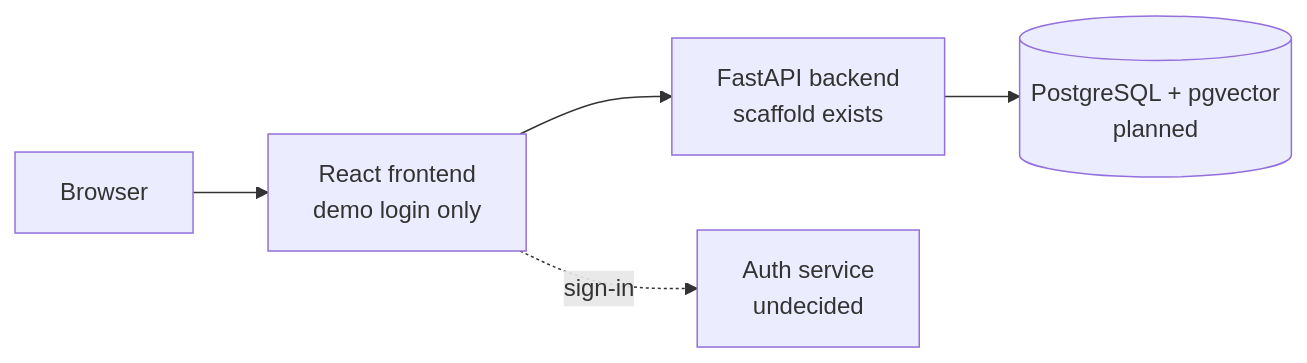
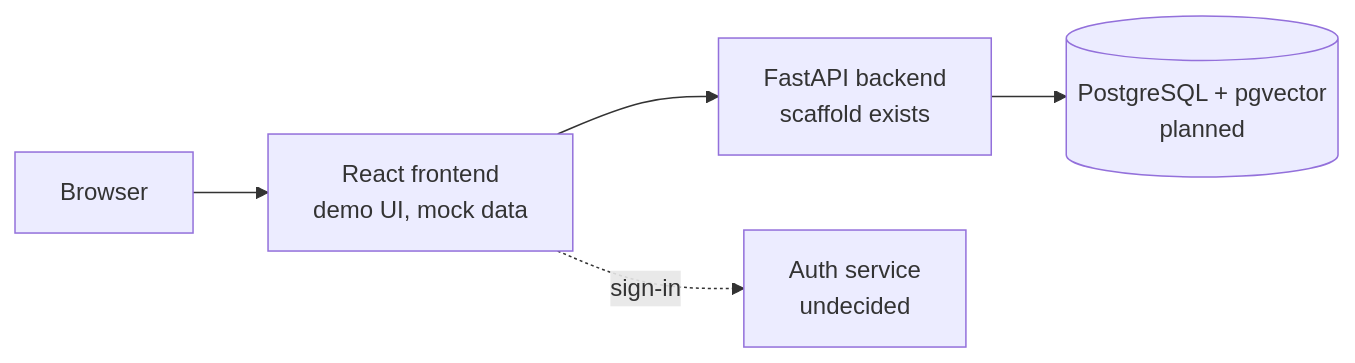
Before and after one commit to Splash791/beaverlink: the second of 2 diagrams in docs/design.md, drawn with Mermaid. The commit also changed other lines of this file and 53 other files, not shown here.

````diff
--- a/docs/design.md
+++ b/docs/design.md
@@ -26,7 +26,7 @@
 ```mermaid
 flowchart LR
-  U[Browser] --> FE[React frontend<br/>demo login only]
+  U[Browser] --> FE[React frontend<br/>demo UI, mock data]
   FE --> API[FastAPI backend<br/>scaffold exists]
   API --> DB[(PostgreSQL + pgvector<br/>planned)]
   FE -.sign-in.-> AUTH[Auth service<br/>undecided]
 ```
````
